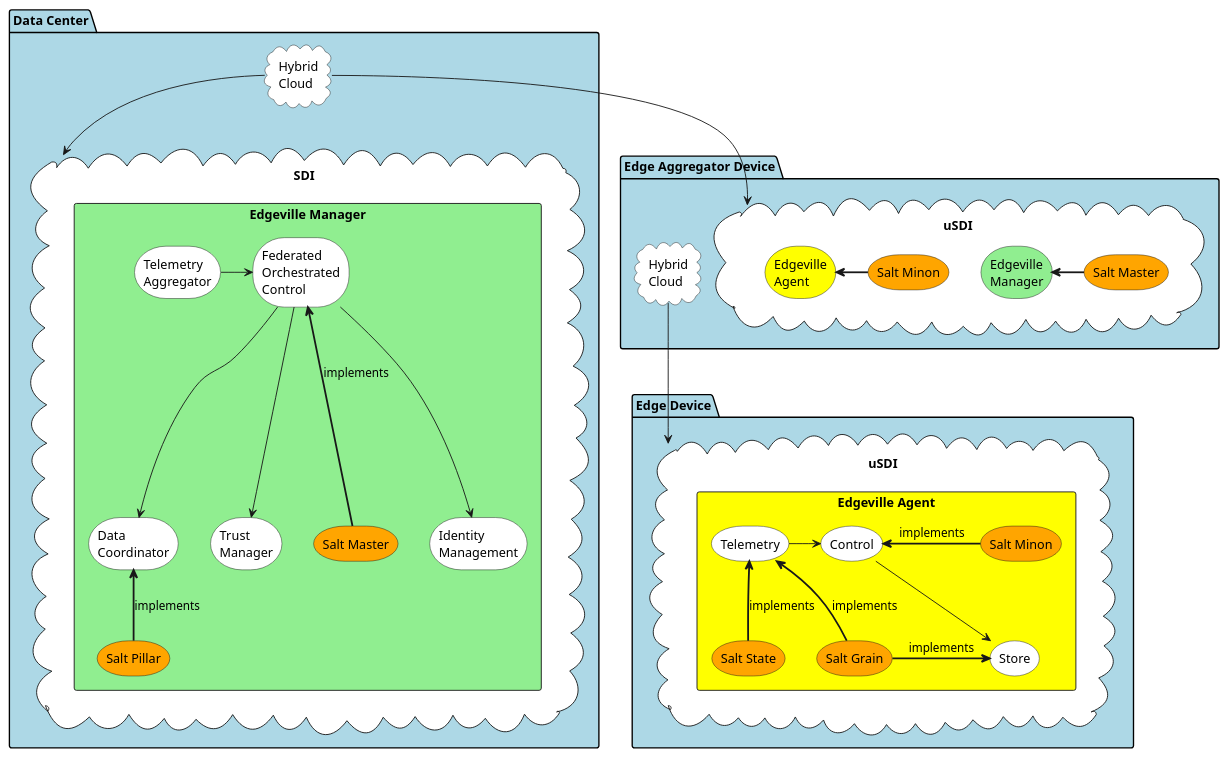
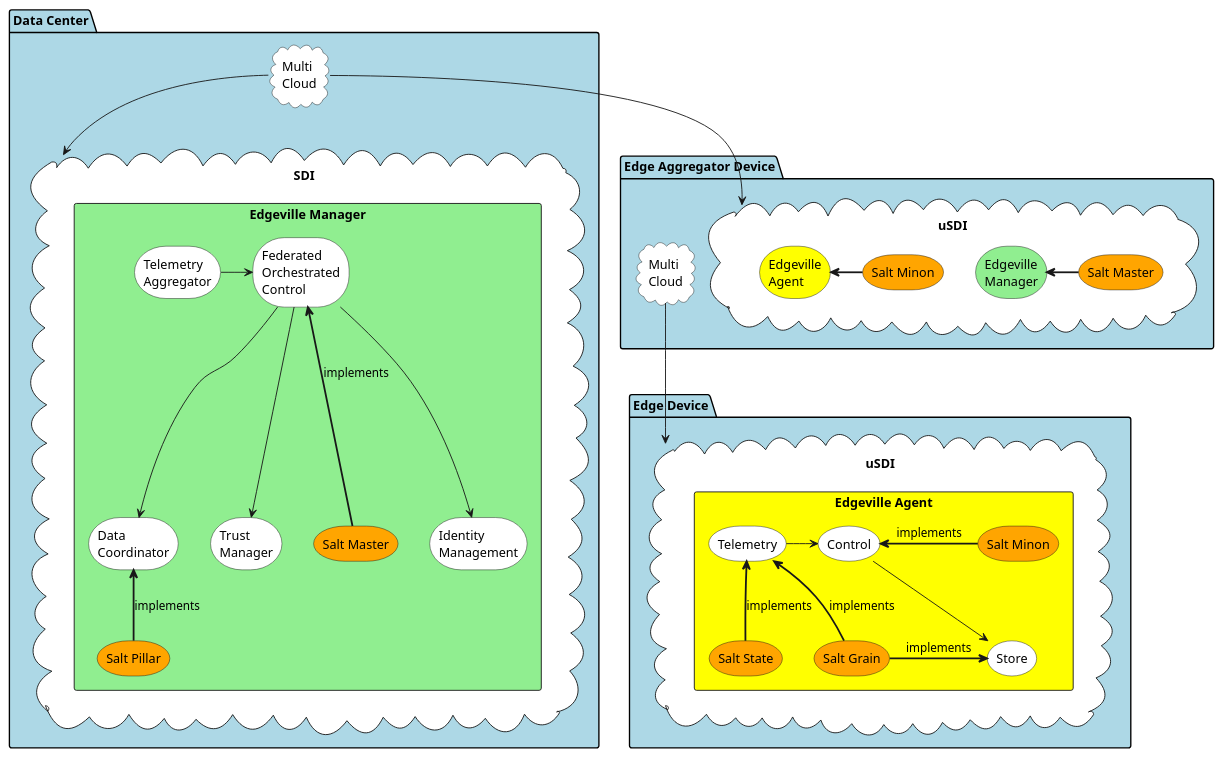
Before and after one commit to CAADE/edgeville: the diagram in docs/Solution/Salt-Deployment.puml, drawn with PlantUML. The commit also changed 269 other files, not shown here.

```diff
--- a/docs/Solution/Salt-Deployment.puml
+++ b/docs/Solution/Salt-Deployment.puml
@@ -1,60 +1,60 @@
 @startuml
 
 package "Data Center" as DC #lightblue {
-  cloud "Hybrid\nCloud" as HC #white {
+  cloud "Multi\nCloud" as HC #white {
 
   }
   cloud SDI #white {
     rectangle "Edgeville Manager" as EM #lightgreen {
       storage "Identity\nManagement" as IM #white
       storage "Federated\nOrchestrated\nControl" as FOC #white
       storage "Data\nCoordinator" as EDC #white
       storage "Trust\nManager" as TM #white
       storage "Telemetry\nAggregator" as TA #white
       storage "Salt Master" as SM #orange
       storage "Salt Pillar" as SP #orange
     }
     EDC <== SP :implements
     FOC <== SM :implements
     TA -> FOC
     FOC --> TM
     FOC --> IM
     FOC --> EDC
 
   }
 }
 package "Edge Aggregator Device" as EAD #lightblue {
-  cloud "Hybrid\nCloud" as HC2 #white {
+  cloud "Multi\nCloud" as HC2 #white {
   }
   cloud uSDI as uSDI1 #white {
       storage "Edgeville\nManager" as EM1 #lightgreen
       storage "Edgeville\nAgent" as EA1  #yellow
       storage "Salt Minon" as EADSM #orange
       storage "Salt Master" as EADSMs #orange
       EM1 <= EADSMs
       EA1 <= EADSM
   }
 }
 package "Edge Device" as ED #lightblue {
   cloud uSDI as uSDI2 #white {
       rectangle "Edgeville Agent" as EA2 #yellow {
         storage "Control" #white
         storage "Store" #white
         storage "Telemetry" #white
         storage "Salt Minon" as EDSM #orange
         storage "Salt Grain" as EDSG #orange
         storage "Salt State" as EDSS #orange
       }
       Control --> Store
       Telemetry -> Control
       Control <= EDSM : implements
       Store <= EDSG : implements
       Telemetry <== EDSS : implements
       Telemetry <= EDSG : implements
   }
 }
 HC --> SDI
 HC --> uSDI1
 HC2 --> uSDI2
 
 @enduml
```
